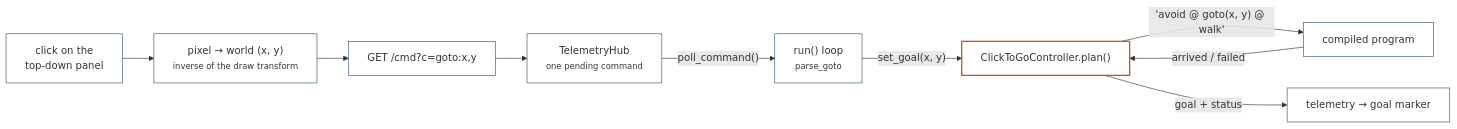
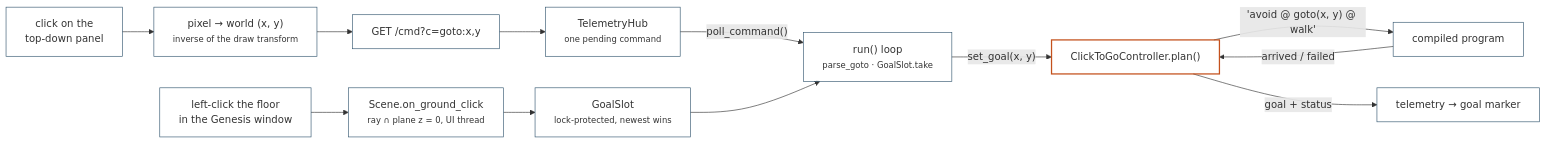
Before and after one commit to r-sendra/domo: the diagram in docs/examples/interactive-nav.md, drawn with Mermaid. The commit also changed other lines of this file and 6 other files, not shown here.

First line of the commit message:
Click a goal in the Genesis viewer, not only in the dashboard

````diff
--- a/docs/examples/interactive-nav.md
+++ b/docs/examples/interactive-nav.md
@@ -43,16 +50,19 @@
 ```mermaid
 flowchart LR
     CLICK["click on the<br/>top-down panel"] --> PX["pixel → world (x, y)<br/><small>inverse of the draw transform</small>"]
     PX --> CMD["GET /cmd?c=goto:x,y"]
     CMD --> HUB["TelemetryHub<br/><small>one pending command</small>"]
-    HUB -- "poll_command()" --> LOOP["run() loop<br/><small>parse_goto</small>"]
+    HUB -- "poll_command()" --> LOOP["run() loop<br/><small>parse_goto · GoalSlot.take</small>"]
+    VCLICK["left-click the floor<br/>in the Genesis window"] --> RAY["Scene.on_ground_click<br/><small>ray ∩ plane z = 0, UI thread</small>"]
+    RAY --> SLOT["GoalSlot<br/><small>lock-protected, newest wins</small>"]
+    SLOT --> LOOP
     LOOP -- "set_goal(x, y)" --> PLAN["ClickToGoController.plan()"]
     PLAN -- "'avoid @ goto(x, y) @ walk'" --> PROG["compiled program"]
     PROG -- "arrived / failed" --> PLAN
     PLAN -- "goal + status" --> TEL["telemetry → goal marker"]
 
     classDef box fill:none,stroke:#33566f,stroke-width:1px;
     classDef accent fill:none,stroke:#c4511d,stroke-width:2px;
-    class CLICK,PX,CMD,HUB,LOOP,PROG,TEL box;
+    class CLICK,PX,CMD,HUB,LOOP,PROG,TEL,VCLICK,RAY,SLOT box;
     class PLAN accent;
 ```
````
